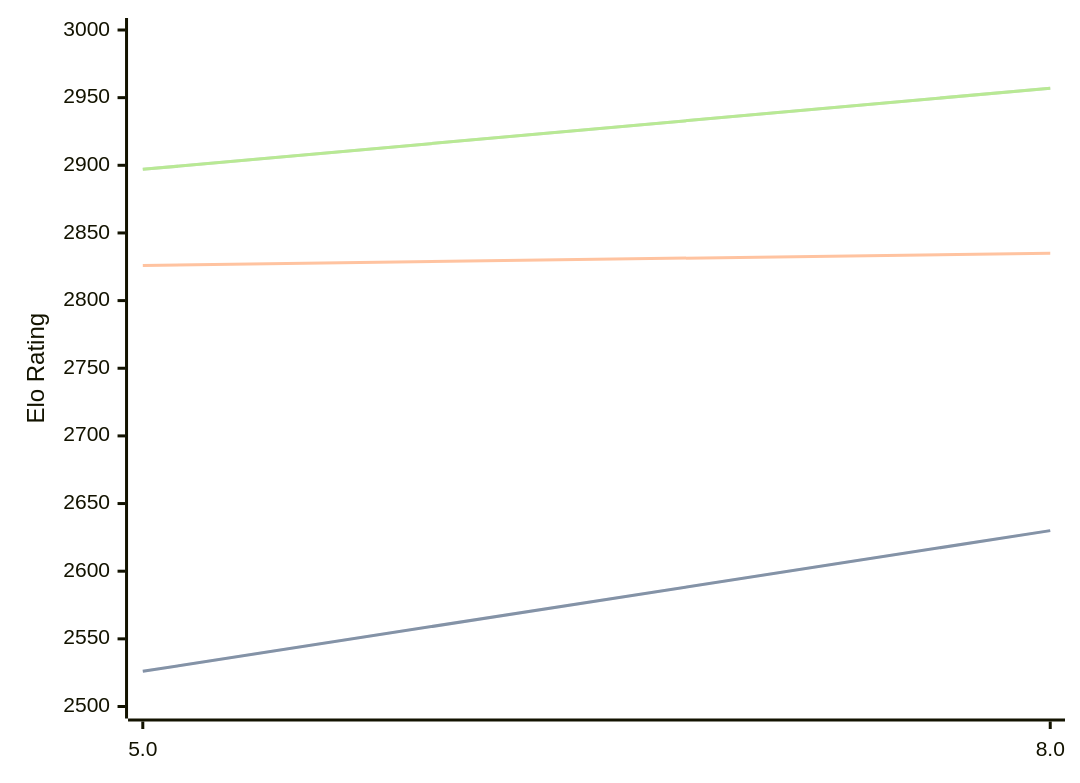
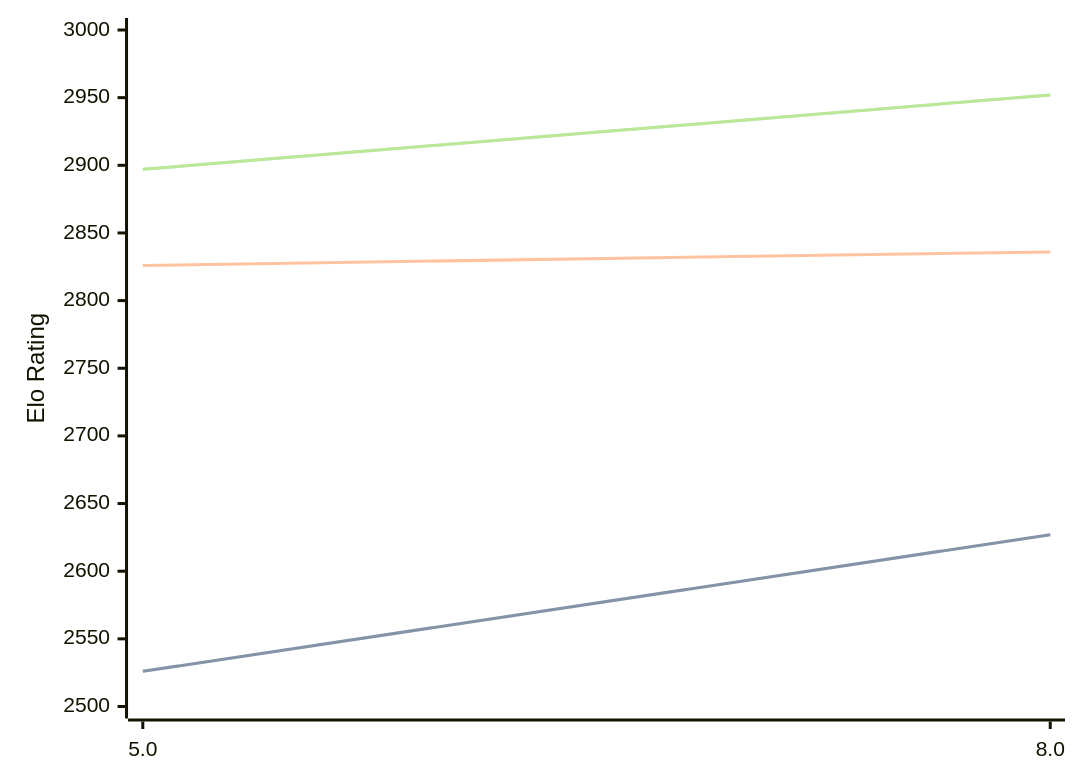
Before and after one commit to computer-chess-index/cci: the diagram in engines/4kc.md, drawn with Mermaid. The commit also changed other lines of this file, not shown here.

Commit message:
Update CCI Ratings (ELO VLTC) - 2026-03-18

````diff
--- a/engines/4kc.md
+++ b/engines/4kc.md
@@ -39,11 +39,11 @@
 ```mermaid
 %%{init: {"theme":"base","themeVariables":{"seriesColors:['#a3a3a3','#222221','#faa371']}}}%%
 xychart-beta
   x-axis ["5.0", "8.0"]
   y-axis "Elo Rating" 2500 --> 3000
-  line "STC (8.0+0.08s)" [2526, 2630]
-  line "STC (8.0+0.08s)" [2526, 2630]
-  line "LTC (60.0+0.60s)" [2826, 2835]
-  line "VLTC (2m24s+1.12s)" [2897, 2957]
-  line "VLTC (2m24s+1.12s)" [2897, 2957]
+  line "STC (8.0+0.08s)" [2526, 2627]
+  line "STC (8.0+0.08s)" [2526, 2627]
+  line "LTC (60.0+0.60s)" [2826, 2836]
+  line "VLTC (2m24s+1.12s)" [2897, 2952]
+  line "VLTC (2m24s+1.12s)" [2897, 2952]
 ```
````
